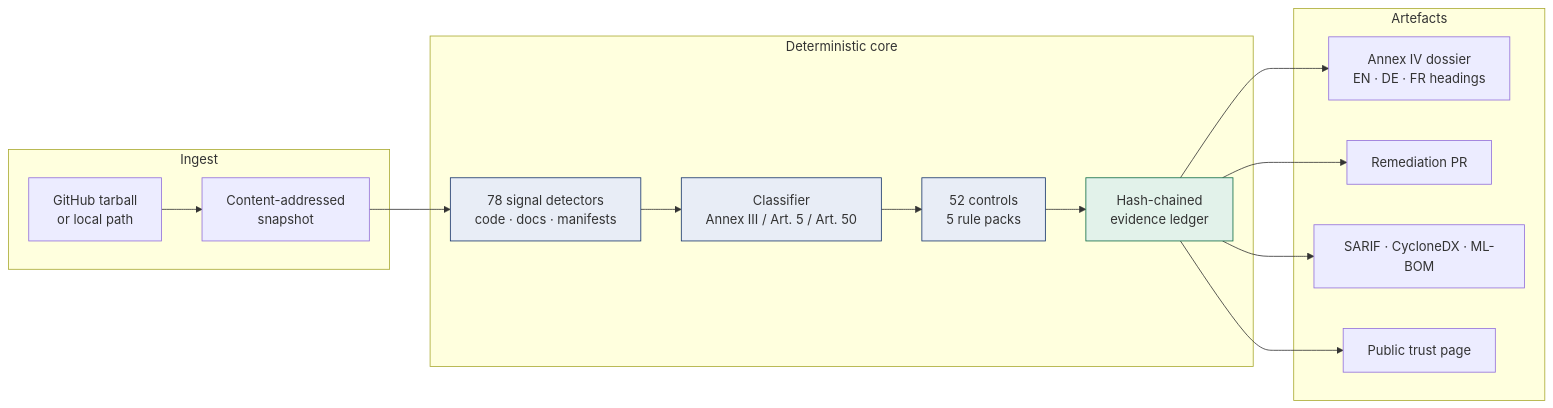
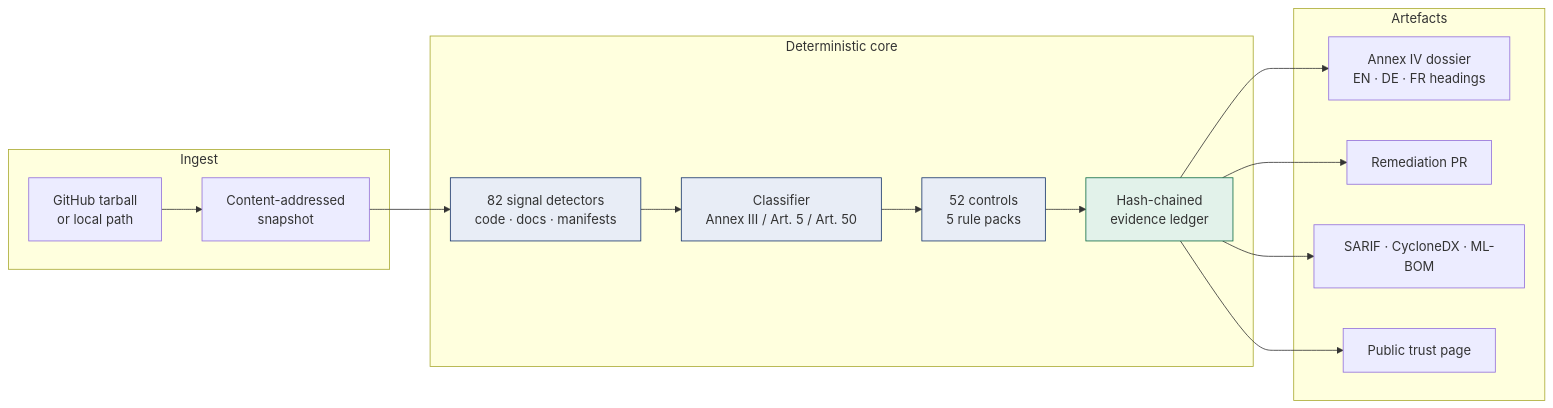
One commit to shi1720/LexHack changed the diagram in README.md. Above: the diagram before and after it, drawn with Mermaid. The commit also changed other lines of this file and 55 other files, not shown here.

````diff
--- a/README.md
+++ b/README.md
@@ -152,22 +152,22 @@
 ```mermaid
 flowchart LR
   subgraph Ingest
     A[GitHub tarball<br/>or local path] --> B[Content-addressed<br/>snapshot]
   end
   subgraph Deterministic core
-    B --> C[78 signal detectors<br/>code · docs · manifests]
+    B --> C[82 signal detectors<br/>code · docs · manifests]
     C --> D[Classifier<br/>Annex III / Art. 5 / Art. 50]
     D --> E[52 controls<br/>5 rule packs]
     E --> F[Hash-chained<br/>evidence ledger]
   end
   subgraph Artefacts
     F --> G[Annex IV dossier<br/>EN · DE · FR headings]
     F --> H[Remediation PR]
     F --> I[SARIF · CycloneDX · ML-BOM]
     F --> J[Public trust page]
   end
   style C fill:#e8edf6,stroke:#17356b
   style D fill:#e8edf6,stroke:#17356b
   style E fill:#e8edf6,stroke:#17356b
   style F fill:#e2f2ea,stroke:#0f6b45
 ```
````
